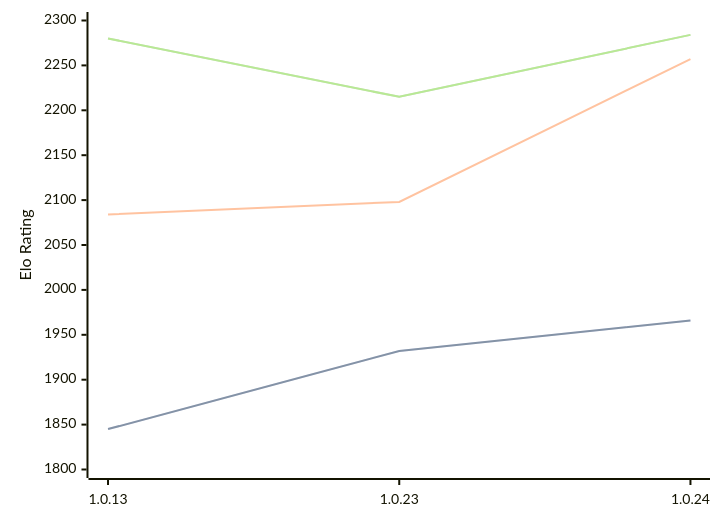
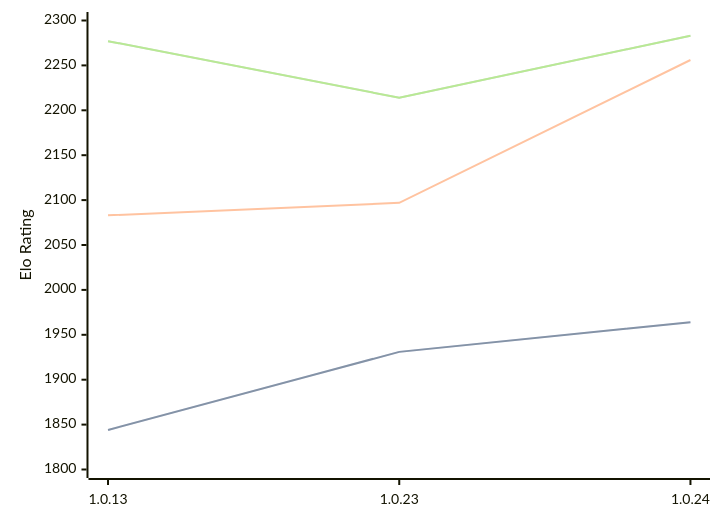
The diagram in engines/RustyRival.md (computer-chess-index/cci), drawn with Mermaid before and after one commit. The commit also changed other lines of this file, not shown here.

Commit message:
Update CCI Ratings (ELO VLTC) - 2026-02-18

````diff
--- a/engines/RustyRival.md
+++ b/engines/RustyRival.md
@@ -53,11 +53,11 @@
 ```mermaid
 %%{init: {"theme":"base","themeVariables":{"seriesColors:['#a3a3a3','#222221','#faa371']}}}%%
 xychart-beta
   x-axis ["1.0.13", "1.0.23", "1.0.24"]
   y-axis "Elo Rating" 1800 --> 2300
-  line "STC (8.0+0.08s)" [1845, 1932, 1966]
-  line "STC (8.0+0.08s)" [1845, 1932, 1966]
-  line "LTC (60.0+0.60s)" [2084, 2098, 2257]
-  line "VLTC (2m24s+1.12s)" [2280, 2215, 2284]
-  line "VLTC (2m24s+1.12s)" [2280, 2215, 2284]
+  line "STC (8.0+0.08s)" [1844, 1931, 1964]
+  line "STC (8.0+0.08s)" [1844, 1931, 1964]
+  line "LTC (60.0+0.60s)" [2083, 2097, 2256]
+  line "VLTC (2m24s+1.12s)" [2277, 2214, 2283]
+  line "VLTC (2m24s+1.12s)" [2277, 2214, 2283]
 ```
````
